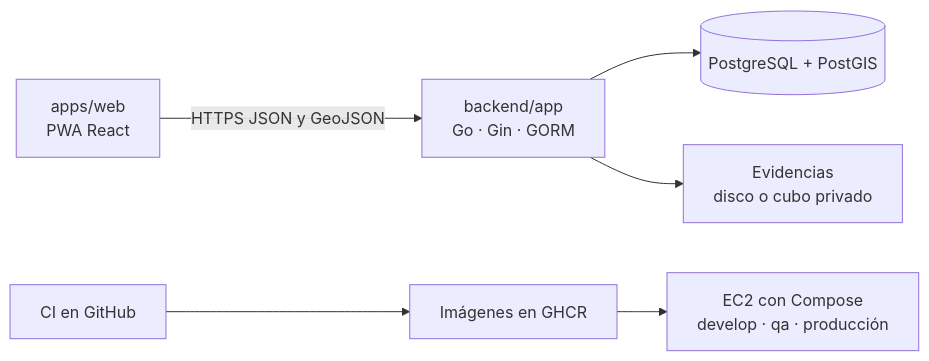
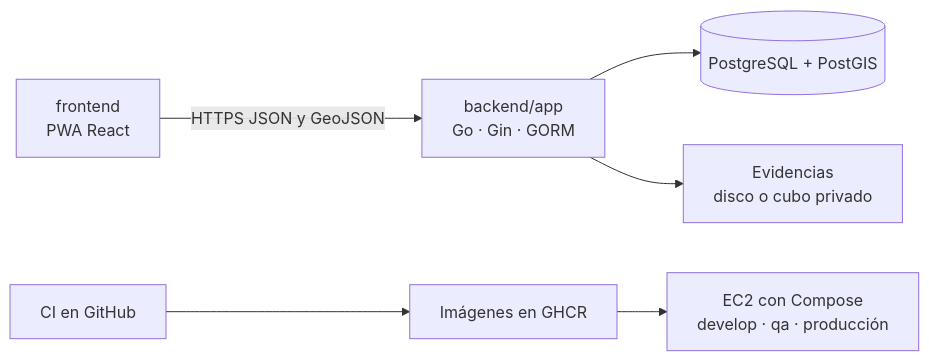
Before and after one commit to Irico17/Areas-verdes-pucp: the diagram in README.md, drawn with Mermaid. The commit also changed other lines of this file and 392 other files, not shown here.

First line of the commit message:
Deja un solo backend y mueve el visor a frontend

````diff
--- a/README.md
+++ b/README.md
@@ -11,8 +11,8 @@
 ```mermaid
 flowchart LR
-  web["apps/web<br/>PWA React"] -->|HTTPS JSON y GeoJSON| api["backend/app<br/>Go · Gin · GORM"]
+  web["frontend<br/>PWA React"] -->|HTTPS JSON y GeoJSON| api["backend/app<br/>Go · Gin · GORM"]
   api --> db[("PostgreSQL + PostGIS")]
   api --> ev["Evidencias<br/>disco o cubo privado"]
   ci["CI en GitHub"] --> ghcr["Imágenes en GHCR"]
   ghcr --> ec2["EC2 con Compose<br/>develop · qa · producción"]
 ```
````
